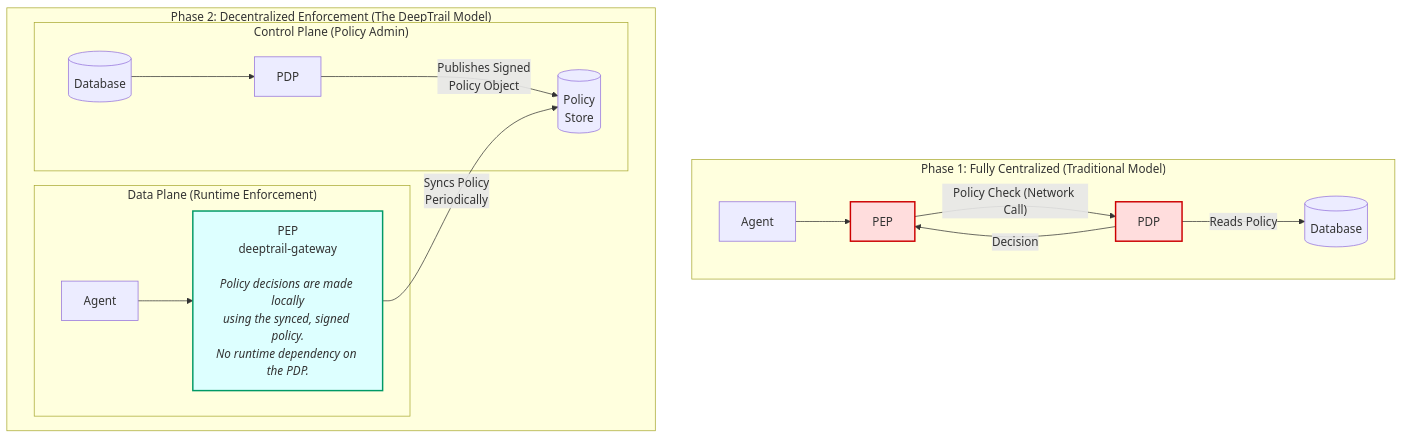
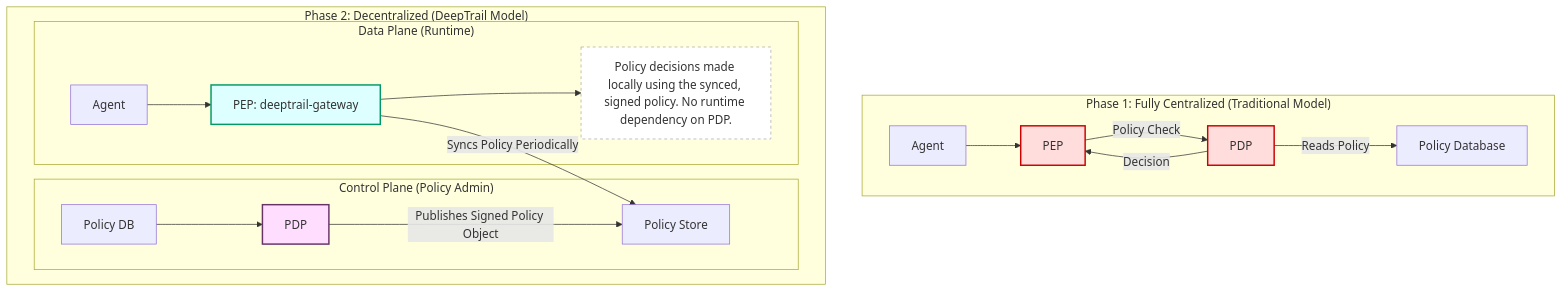
Before and after one commit to DeepTrail/deepsecure: the second of 8 diagrams in docs/design/Technical_Architecture_Overview.md, drawn with Mermaid. The commit also changed other lines of this file, not shown here.

First line of the commit message:
Update Technical_Architecture_Overview.md

````diff
--- a/docs/design/Technical_Architecture_Overview.md
+++ b/docs/design/Technical_Architecture_Overview.md
@@ -130,27 +135,41 @@
 ```mermaid
-graph TD
-    subgraph "Phase 1: Fully Centralized (Traditional Model)"
-        direction LR
-        A1[Agent] --> P1[PEP]
-        P1 -- "Policy Check (Network Call)" --> D1[PDP]
-        D1 -- "Decision" --> P1
-        D1 -- "Reads Policy" --> DB1[(Database)]
-    end
-
-    subgraph "Phase 2: Decentralized Enforcement (The DeepTrail Model)"
-        direction LR
-        subgraph "Control Plane (Policy Admin)"
-            DB2[(Database)] --> PDP2[PDP]
-            PDP2 -- "Publishes Signed<br/>Policy Object" --> PolicyStore[("Policy<br/>Store")]
-        end
-        subgraph "Data Plane (Runtime Enforcement)"
-            PEP2["PEP<br/>deeptrail-gateway<br/><br/><i>Policy decisions are made locally<br/>using the synced, signed policy.<br/>No runtime dependency on the PDP.</i>"]
-            A2[Agent] --> PEP2
-            PEP2 -- "Syncs Policy<br/>Periodically" --> PolicyStore
-        end
-    end
-    
-    style P1 fill:#fdd,stroke:#c00,stroke-width:2px
-    style D1 fill:#fdd,stroke:#c00,stroke-width:2px
+---
+config:
+  layout: dagre
+---
+flowchart TD
+ subgraph Phase1["Phase 1: Fully Centralized (Traditional Model)"]
+        Agent1["Agent"]
+        PEP1["PEP"]
+        PDP1["PDP"]
+        DB1["Policy Database"]
+  end
+ subgraph ControlPlane["Control Plane (Policy Admin)"]
+        DB2["Policy DB"]
+        PDP2["PDP"]
+        PolicyStore["Policy Store"]
+  end
+ subgraph DataPlane["Data Plane (Runtime)"]
+        Agent2["Agent"]
+        PEP2["PEP: deeptrail-gateway"]
+        Note2["Policy decisions made locally using the synced, signed policy. No runtime dependency on PDP."]
+  end
+ subgraph Phase2["Phase 2: Decentralized (DeepTrail Model)"]
+        ControlPlane
+        DataPlane
+  end
+    Agent1 --> PEP1
+    PEP1 -- Policy Check --> PDP1
+    PDP1 -- Decision --> PEP1
+    PDP1 -- Reads Policy --> DB1
+    DB2 --> PDP2
+    PDP2 -- Publishes Signed Policy Object --> PolicyStore
+    Agent2 --> PEP2
+    PEP2 -- Syncs Policy Periodically --> PolicyStore
+    PEP2 --> Note2
+    style PEP1 fill:#fdd,stroke:#c00,stroke-width:2px
+    style PDP1 fill:#fdd,stroke:#c00,stroke-width:2px
+    style PDP2 fill:#fdf,stroke:#636,stroke-width:2px
     style PEP2 fill:#dff,stroke:#096,stroke-width:2px
+    style Note2 fill:#fff,stroke:#aaa,stroke-dasharray: 4
 ```
````
